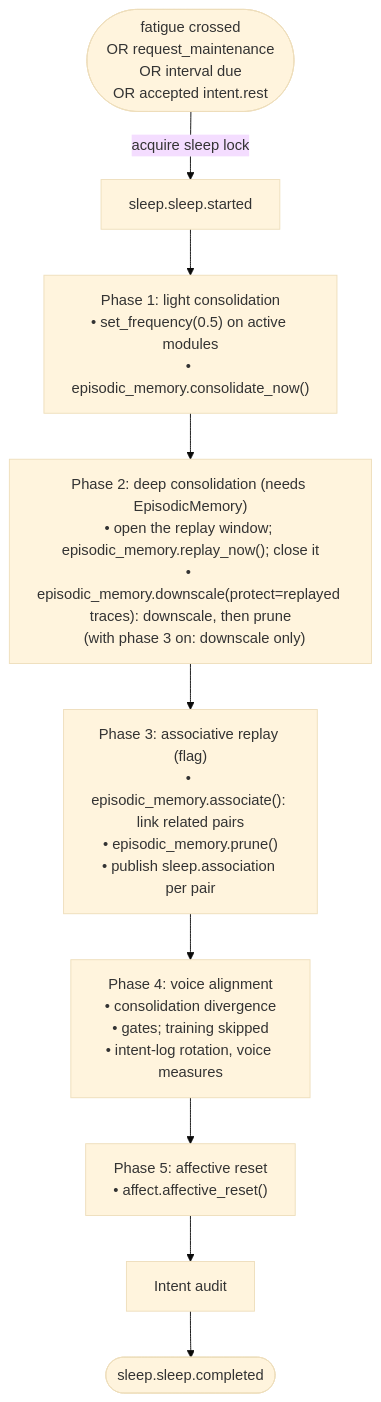
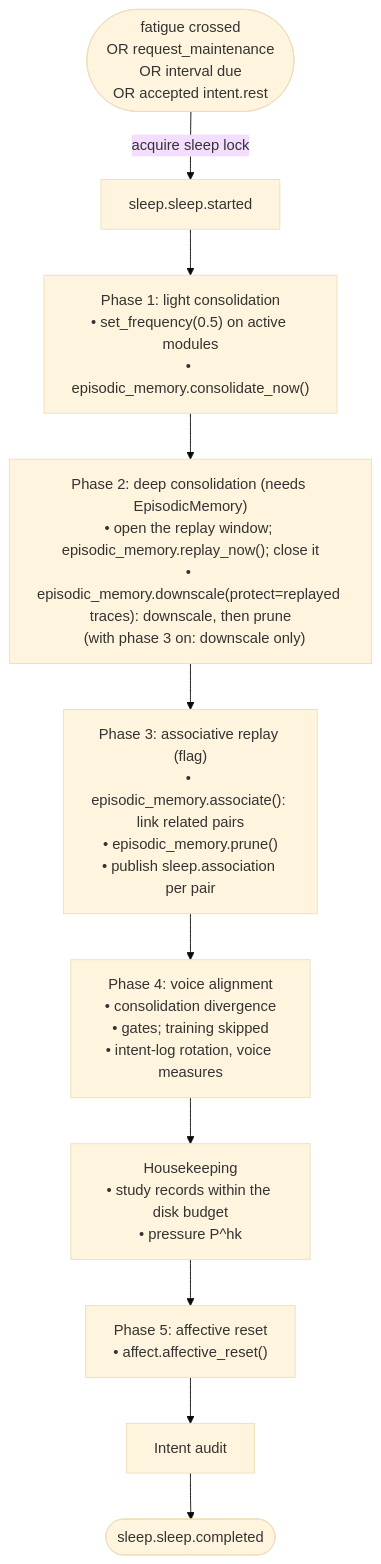
One commit to kaineone/kaine changed the diagram in docs/09-modules/sleep.md. Above: the diagram before and after it, drawn with Mermaid (base theme). The commit also changed other lines of this file and 11 other files, not shown here.

````diff
--- a/docs/09-modules/sleep.md
+++ b/docs/09-modules/sleep.md
@@ -47,16 +47,17 @@
 ```mermaid
 flowchart TD
     S([fatigue crossed\nOR request_maintenance\nOR interval due\nOR accepted intent.rest]) -->|acquire sleep lock| ST[sleep.sleep.started]
     ST --> P1
     P1["Phase 1: light consolidation\n• set_frequency(0.5) on active modules\n• episodic_memory.consolidate_now()"]
     P1 --> P2
     P2["Phase 2: deep consolidation (needs EpisodicMemory)\n• open the replay window; episodic_memory.replay_now(); close it\n• episodic_memory.downscale(protect=replayed traces): downscale, then prune\n  (with phase 3 on: downscale only)"]
     P2 --> P3
     P3["Phase 3: associative replay (flag)\n• episodic_memory.associate(): link related pairs\n• episodic_memory.prune()\n• publish sleep.association per pair"]
     P3 --> P4
     P4["Phase 4: voice alignment\n• consolidation divergence\n• gates; training skipped\n• intent-log rotation, voice measures"]
-    P4 --> P5
+    P4 --> HK["Housekeeping\n• study records within the disk budget\n• pressure P^hk"]
+    HK --> P5
     P5["Phase 5: affective reset\n• affect.affective_reset()"]
     P5 --> R[Intent audit]
     R --> E([sleep.sleep.completed])
 ```
````
